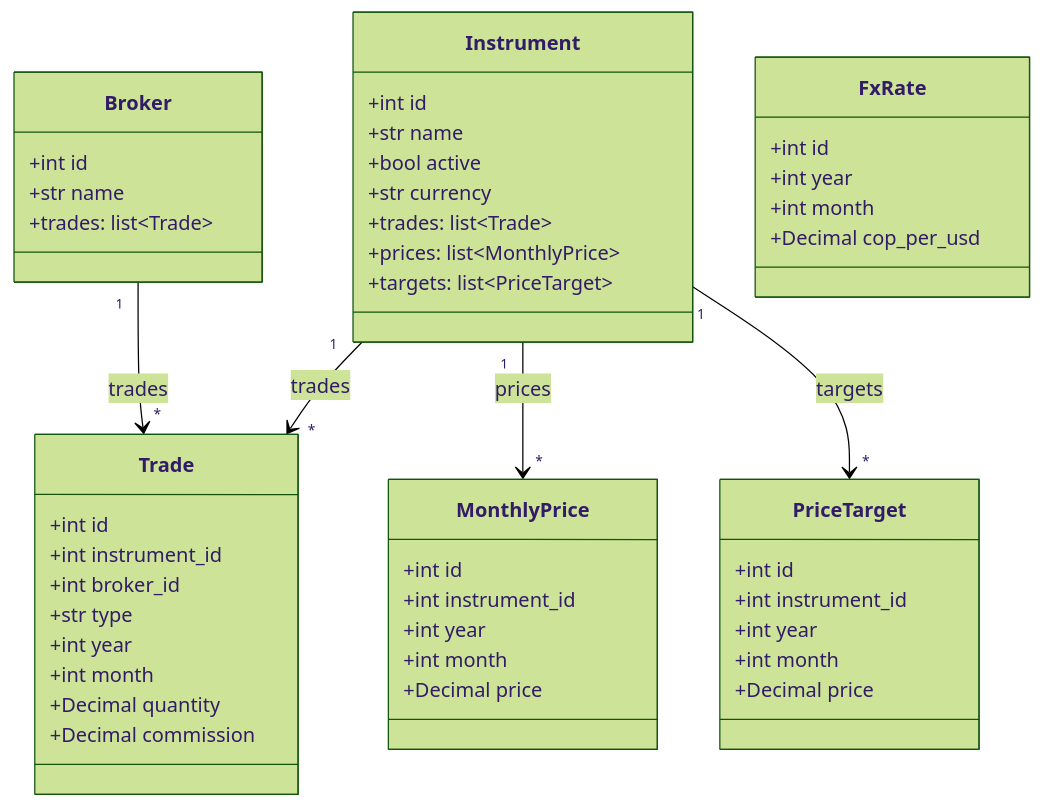
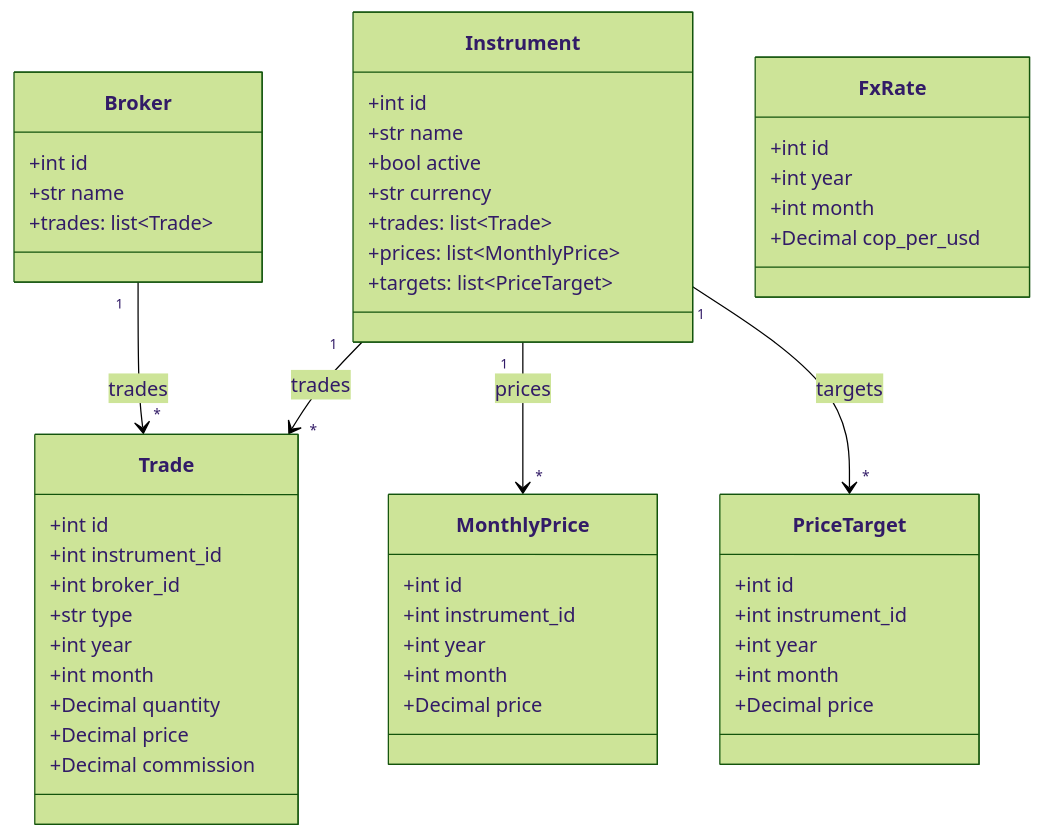
Before and after one commit to sebasvalencia/stocks: the third of 3 diagrams in README.md, drawn with Mermaid (forest theme). The commit also changed other lines of this file and 14 other files, not shown here.

````diff
--- a/README.md
+++ b/README.md
@@ -277,52 +279,53 @@
 ```mermaid
 classDiagram
   class Broker {
     +int id
     +str name
     +trades: list~Trade~
   }
   class Instrument {
     +int id
     +str name
     +bool active
     +str currency
     +trades: list~Trade~
     +prices: list~MonthlyPrice~
     +targets: list~PriceTarget~
   }
   class Trade {
     +int id
     +int instrument_id
     +int broker_id
     +str type
     +int year
     +int month
     +Decimal quantity
+    +Decimal price
     +Decimal commission
   }
   class MonthlyPrice {
     +int id
     +int instrument_id
     +int year
     +int month
     +Decimal price
   }
   class PriceTarget {
     +int id
     +int instrument_id
     +int year
     +int month
     +Decimal price
   }
   class FxRate {
     +int id
     +int year
     +int month
     +Decimal cop_per_usd
   }
 
   Broker "1" --> "*" Trade : trades
   Instrument "1" --> "*" Trade : trades
   Instrument "1" --> "*" MonthlyPrice : prices
   Instrument "1" --> "*" PriceTarget : targets
 ```
````
